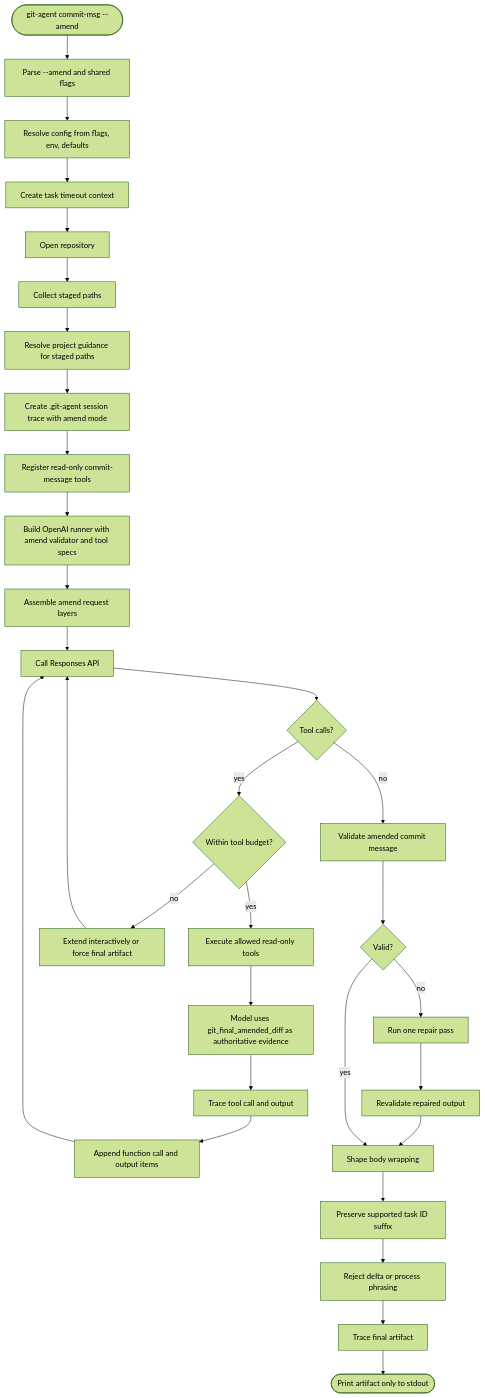
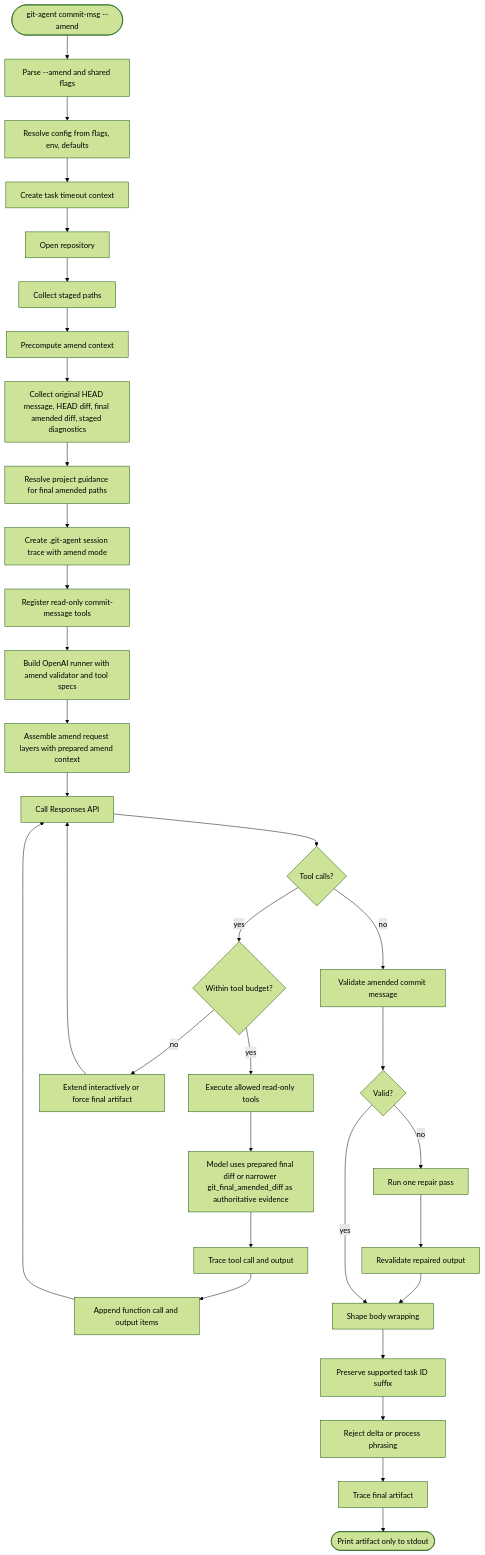
One commit to yusing/git-agent changed the second of 5 diagrams in docs/spec.md. Above: the diagram before and after it, drawn with Mermaid (forest theme). The commit also changed other lines of this file and 6 other files, not shown here.

First line of the commit message:
feat(commitmsg): precompute amend context before message generation

````diff
--- a/docs/spec.md
+++ b/docs/spec.md
@@ -331,33 +339,35 @@
 ```mermaid
 flowchart TD
     Start([git-agent commit-msg --amend]) --> Parse[Parse --amend and shared flags]
     Parse --> Resolve[Resolve config from flags, env, defaults]
     Resolve --> Timeout[Create task timeout context]
     Timeout --> OpenRepo[Open repository]
     OpenRepo --> StagedPaths[Collect staged paths]
-    StagedPaths --> Guidance[Resolve project guidance for staged paths]
+    StagedPaths --> Prepare[Precompute amend context]
+    Prepare --> Evidence[Collect original HEAD message, HEAD diff, final amended diff, staged diagnostics]
+    Evidence --> Guidance[Resolve project guidance for final amended paths]
     Guidance --> Trace[Create .git-agent session trace with amend mode]
     Trace --> Registry[Register read-only commit-message tools]
     Registry --> Runner[Build OpenAI runner with amend validator and tool specs]
-    Runner --> Request[Assemble amend request layers]
+    Runner --> Request[Assemble amend request layers with prepared amend context]
     Request --> Model[Call Responses API]
     Model --> ToolDecision{Tool calls?}
     ToolDecision -- yes --> ToolBudget{Within tool budget?}
     ToolBudget -- yes --> ExecuteTools[Execute allowed read-only tools]
-    ExecuteTools --> FinalDiff[Model uses git_final_amended_diff as authoritative evidence]
+    ExecuteTools --> FinalDiff[Model uses prepared final diff or narrower git_final_amended_diff as authoritative evidence]
     FinalDiff --> RecordTools[Trace tool call and output]
     RecordTools --> Continue[Append function call and output items]
     Continue --> Model
     ToolBudget -- no --> Budget[Extend interactively or force final artifact]
     Budget --> Model
     ToolDecision -- no --> Validate[Validate amended commit message]
     Validate --> Valid{Valid?}
     Valid -- no --> Repair[Run one repair pass]
     Repair --> Revalidate[Revalidate repaired output]
     Revalidate --> Shape[Shape body wrapping]
     Valid -- yes --> Shape
     Shape --> Preserve[Preserve supported task ID suffix]
     Preserve --> FinalValidate[Reject delta or process phrasing]
     FinalValidate --> FinalTrace[Trace final artifact]
     FinalTrace --> Stdout([Print artifact only to stdout])
 ```
````
